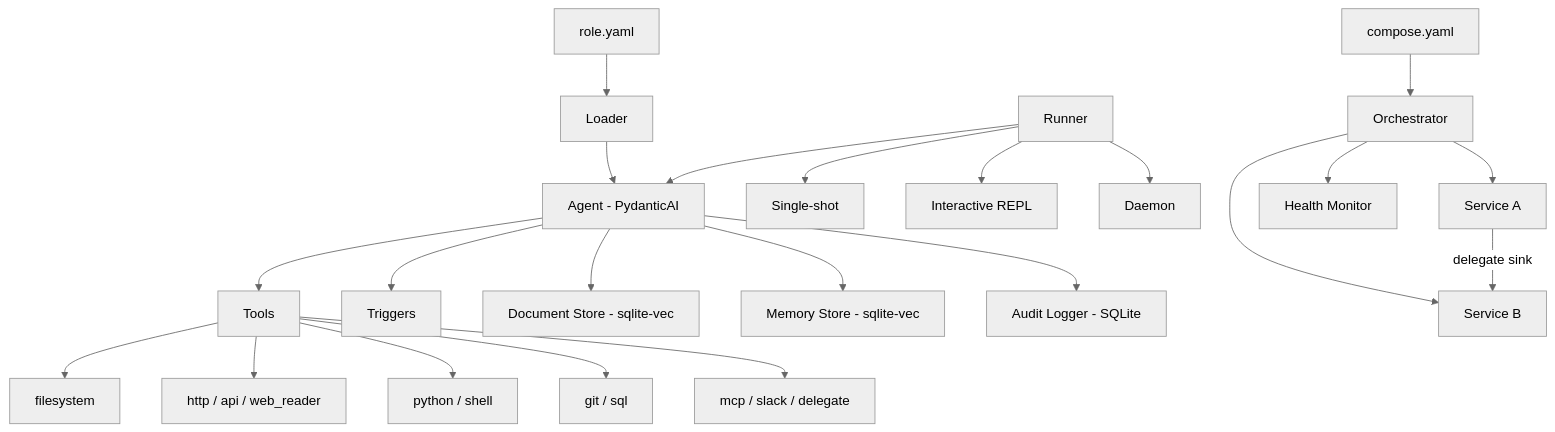
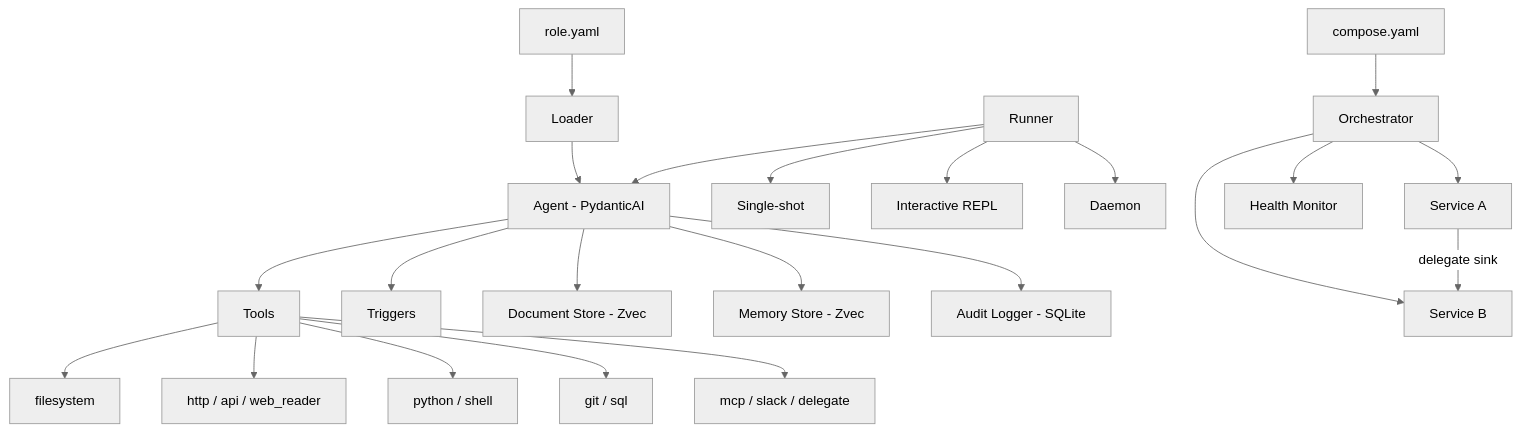
The diagram in docs/configuration/providers.md (vladkesler/initrunner), drawn with Mermaid (neutral theme) before and after one commit. The commit also changed 31 other files, not shown here.

First line of the commit message:
feat: migrate vector store backend from sqlite-vec to zvec

````diff
--- a/docs/configuration/providers.md
+++ b/docs/configuration/providers.md
@@ -302,27 +302,27 @@
 ```mermaid
 graph TD
     A[role.yaml] --> B[Loader]
     B --> C[Agent - PydanticAI]
     C --> D[Tools]
     C --> E[Triggers]
-    C --> F[Document Store - sqlite-vec]
-    C --> G[Memory Store - sqlite-vec]
+    C --> F[Document Store - Zvec]
+    C --> G[Memory Store - Zvec]
     C --> H[Audit Logger - SQLite]
 
     D --> D1[filesystem]
     D --> D2[http / api / web_reader]
     D --> D3[python / shell]
     D --> D4[git / sql]
     D --> D5[mcp / slack / delegate]
 
     I[Runner] --> C
     I --> I1[Single-shot]
     I --> I2[Interactive REPL]
     I --> I3[Daemon]
 
     J[compose.yaml] --> K[Orchestrator]
     K --> L[Service A]
     K --> M[Service B]
     L -->|delegate sink| M
     K --> N[Health Monitor]
 ```
````
